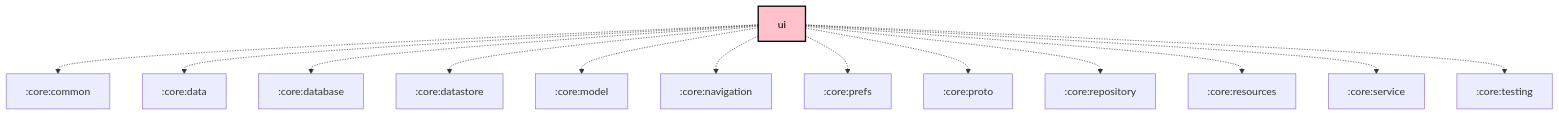
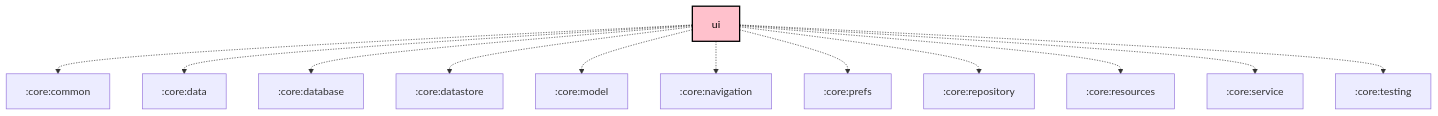
Before and after one commit to meshtastic/Meshtastic-Android: the diagram in core/ui/README.md, drawn with Mermaid. The commit also changed 17 other files, not shown here.

First line of the commit message:
chore: Scheduled updates (Firmware, Hardware, Translations, Graphs)

````diff
--- a/core/ui/README.md
+++ b/core/ui/README.md
@@ -51,30 +51,29 @@
 ```mermaid
 graph TB
   :core:ui[ui]:::kmp-library-compose
   :core:ui -.-> :core:common
   :core:ui -.-> :core:data
   :core:ui -.-> :core:database
   :core:ui -.-> :core:datastore
   :core:ui -.-> :core:model
   :core:ui -.-> :core:navigation
   :core:ui -.-> :core:prefs
-  :core:ui -.-> :core:proto
   :core:ui -.-> :core:repository
   :core:ui -.-> :core:resources
   :core:ui -.-> :core:service
   :core:ui -.-> :core:testing
 
 classDef android-application fill:#CAFFBF,stroke:#000,stroke-width:2px,color:#000;
 classDef android-application-compose fill:#CAFFBF,stroke:#000,stroke-width:2px,color:#000;
 classDef compose-desktop-application fill:#CAFFBF,stroke:#000,stroke-width:2px,color:#000;
 classDef android-feature fill:#FFD6A5,stroke:#000,stroke-width:2px,color:#000;
 classDef android-library fill:#9BF6FF,stroke:#000,stroke-width:2px,color:#000;
 classDef android-library-compose fill:#9BF6FF,stroke:#000,stroke-width:2px,color:#000;
 classDef android-test fill:#A0C4FF,stroke:#000,stroke-width:2px,color:#000;
 classDef jvm-library fill:#BDB2FF,stroke:#000,stroke-width:2px,color:#000;
 classDef kmp-feature fill:#FFD6A5,stroke:#000,stroke-width:2px,color:#000;
 classDef kmp-library-compose fill:#FFC1CC,stroke:#000,stroke-width:2px,color:#000;
 classDef kmp-library fill:#FFC1CC,stroke:#000,stroke-width:2px,color:#000;
 classDef unknown fill:#FFADAD,stroke:#000,stroke-width:2px,color:#000;
 
 ```
````
